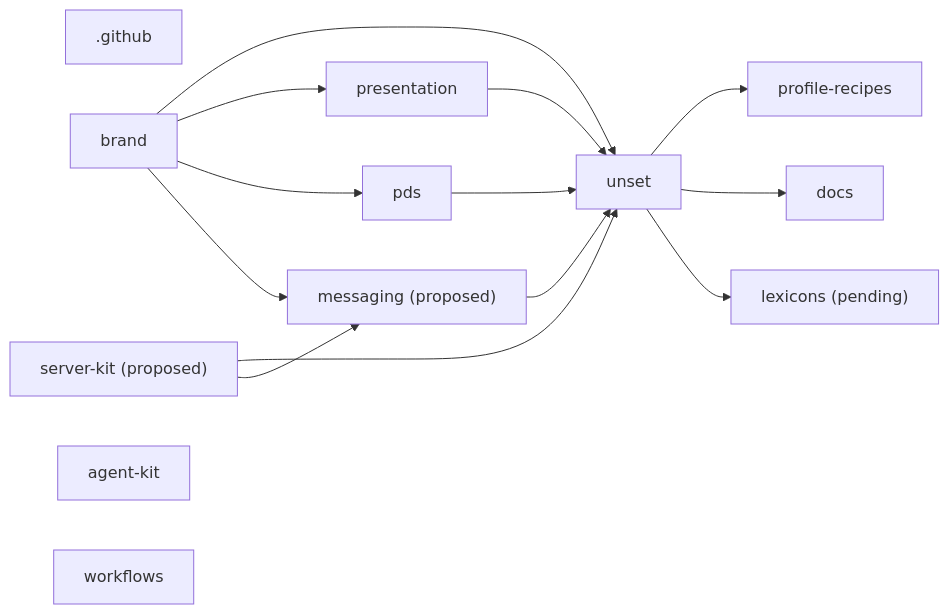
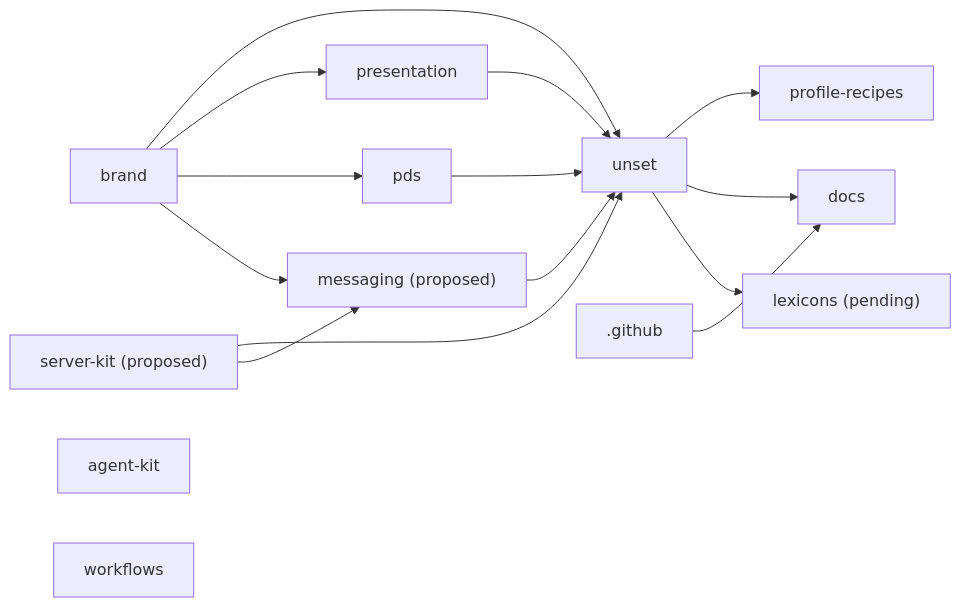
One commit to unset-sh/.github changed the diagram in MAP.md. Above: the diagram before and after it, drawn with Mermaid. The commit also changed other lines of this file and 1 other file, not shown here.

````diff
--- a/MAP.md
+++ b/MAP.md
@@ -32,27 +32,28 @@
 ```mermaid
 flowchart LR
   r_unset["unset"]
   r__github[".github"]
   r_brand["brand"]
   r_presentation["presentation"]
   r_profile_recipes["profile-recipes"]
   r_docs["docs"]
   r_pds["pds"]
   r_lexicons["lexicons (pending)"]
   r_messaging["messaging (proposed)"]
   r_server_kit["server-kit (proposed)"]
   r_agent_kit["agent-kit"]
   r_workflows["workflows"]
   r_brand --> r_unset
   r_presentation --> r_unset
   r_messaging --> r_unset
   r_server_kit --> r_unset
   r_pds --> r_unset
   r_brand --> r_presentation
   r_unset --> r_profile_recipes
   r_unset --> r_docs
+  r__github --> r_docs
   r_brand --> r_pds
   r_unset --> r_lexicons
   r_brand --> r_messaging
   r_server_kit --> r_messaging
 ```
````
